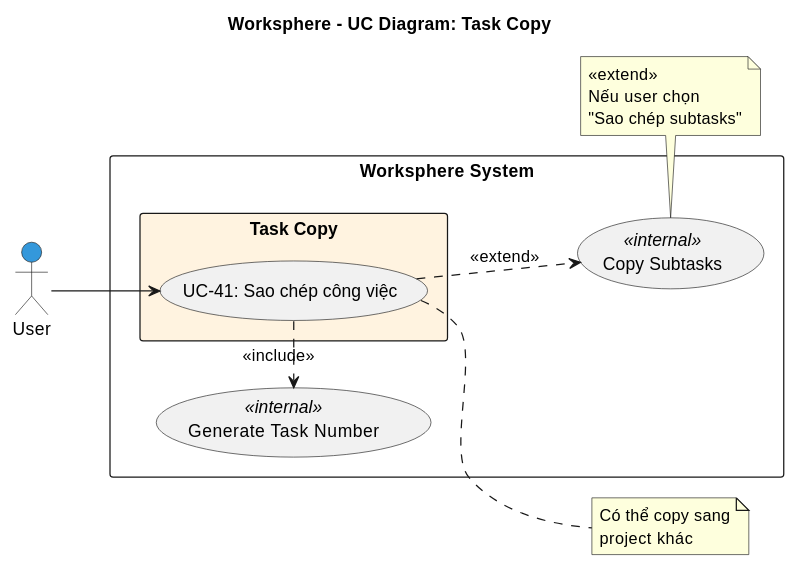
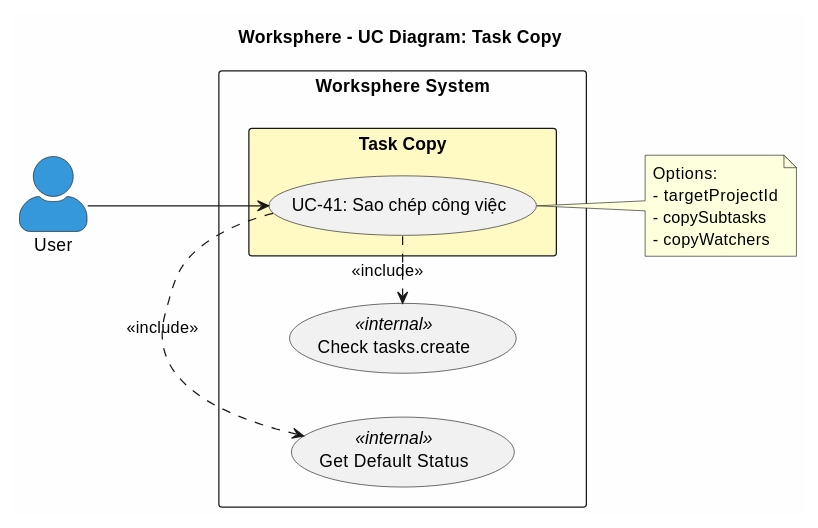
One commit to docuong039/worksphere changed the diagram in docs/usecases/10-task-copy.md. Above: the diagram before and after it, drawn with PlantUML. The commit also changed other lines of this file and 44 other files, not shown here.

Commit message:
update diagram trong docs

````diff
--- a/docs/usecases/10-task-copy.md
+++ b/docs/usecases/10-task-copy.md
@@ -17,35 +24,33 @@
 ```plantuml
 @startuml
 left to right direction
 skinparam packageStyle rectangle
+skinparam actorStyle awesome
+skinparam backgroundColor #FEFEFE
 
 title Worksphere - UC Diagram: Task Copy
 
 actor "User" as User #3498DB
 
 rectangle "Worksphere System" {
-  package "Task Copy" #FFF3E0 {
+  package "Task Copy" #FFF9C4 {
     usecase "UC-41: Sao chép công việc" as UC41
   }
   
-  usecase "Copy Subtasks" as UC_SUB <<internal>>
-  usecase "Generate Task Number" as UC_NUM <<internal>>
+  usecase "Check tasks.create" as UC_PERM <<internal>>
+  usecase "Get Default Status" as UC_STATUS <<internal>>
 }
 
 User --> UC41
 
-UC41 .> UC_NUM : <<include>>
-UC41 ..> UC_SUB : <<extend>>
+UC41 .> UC_PERM : <<include>>
+UC41 .> UC_STATUS : <<include>>
 
 note right of UC41
-  Có thể copy sang
-  project khác
-end note
-
-note bottom of UC_SUB
-  <<extend>>
-  Nếu user chọn
-  "Sao chép subtasks"
+  Options:
+  - targetProjectId
+  - copySubtasks
+  - copyWatchers
 end note
 @enduml
 ```
````
